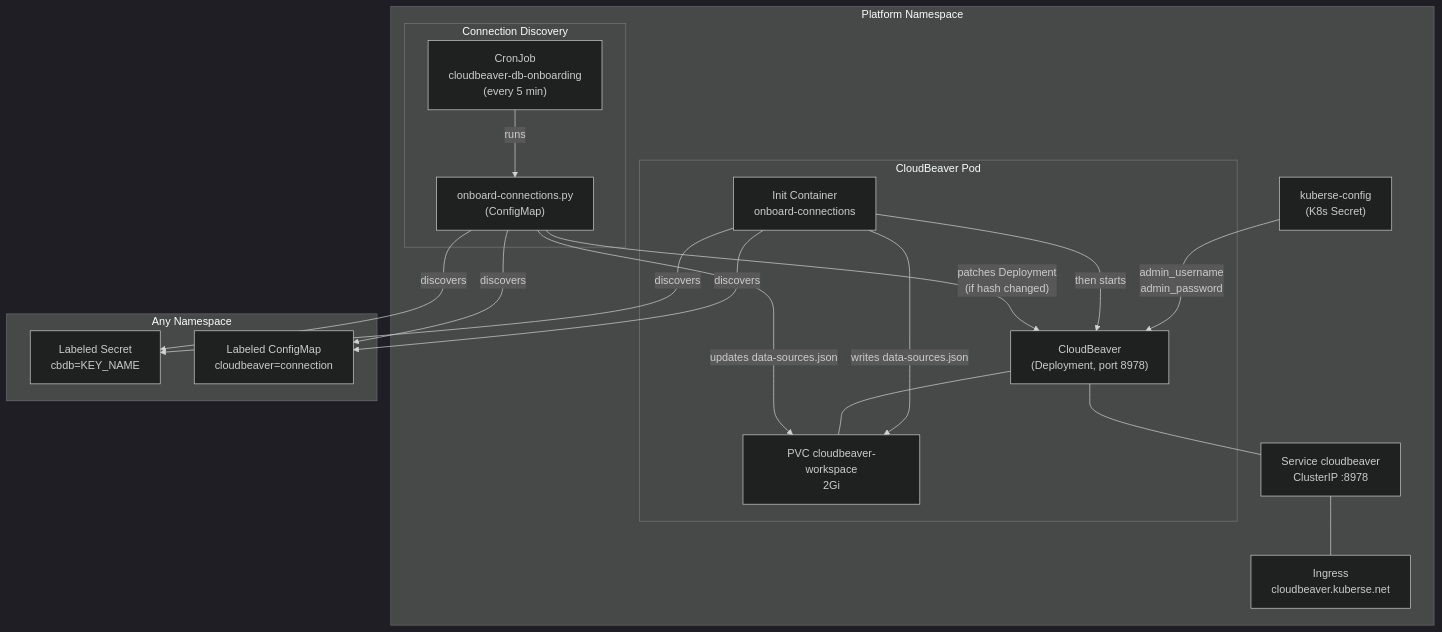
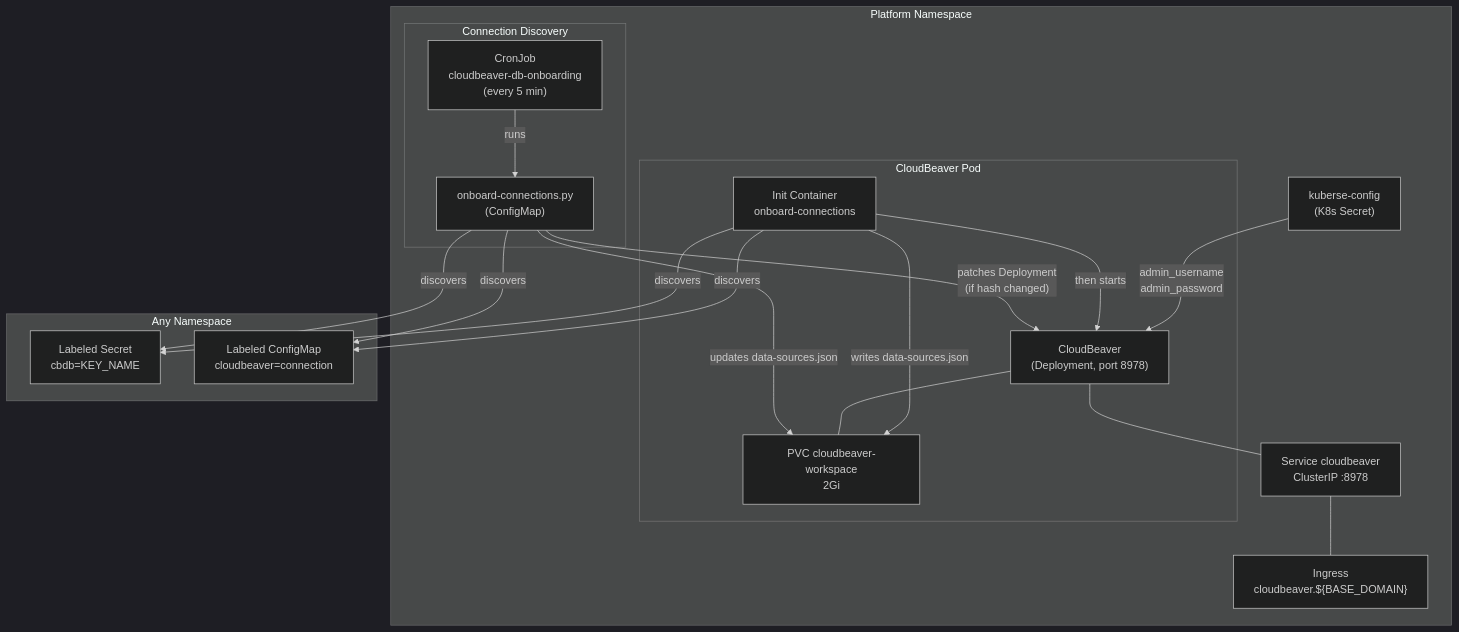
One commit to MarioAPGS/kuberse changed the first of 2 diagrams in platform/cloudbeaver/docs/index.md. Above: the diagram before and after it, drawn with Mermaid (dark theme). The commit also changed other lines of this file and 15 other files, not shown here.

````diff
--- a/platform/cloudbeaver/docs/index.md
+++ b/platform/cloudbeaver/docs/index.md
@@ -31,40 +31,40 @@
 ```mermaid
 graph TB
     subgraph "Platform Namespace"
         subgraph "CloudBeaver Pod"
             INIT["Init Container<br/>onboard-connections"]
             CB["CloudBeaver<br/>(Deployment, port 8978)"]
             PVC["PVC cloudbeaver-workspace<br/>2Gi"]
         end
 
         SECRET["kuberse-config<br/>(K8s Secret)"]
 
         subgraph "Connection Discovery"
             CRON["CronJob<br/>cloudbeaver-db-onboarding<br/>(every 5 min)"]
             SCRIPT["onboard-connections.py<br/>(ConfigMap)"]
         end
 
         SVC["Service cloudbeaver<br/>ClusterIP :8978"]
-        ING["Ingress<br/>cloudbeaver.kuberse.net"]
+        ING["Ingress<br/>cloudbeaver.${BASE_DOMAIN}"]
     end
 
     subgraph "Any Namespace"
         LABELED_SECRET["Labeled Secret<br/>cbdb=KEY_NAME"]
         LABELED_CM["Labeled ConfigMap<br/>cloudbeaver=connection"]
     end
 
     SECRET -->|"admin_username<br/>admin_password"| CB
     INIT -->|discovers| LABELED_SECRET
     INIT -->|discovers| LABELED_CM
     INIT -->|"writes data-sources.json"| PVC
     INIT -->|then starts| CB
     CB --- PVC
     CB --- SVC
     SVC --- ING
 
     CRON -->|runs| SCRIPT
     SCRIPT -->|discovers| LABELED_SECRET
     SCRIPT -->|discovers| LABELED_CM
     SCRIPT -->|"updates data-sources.json"| PVC
     SCRIPT -->|"patches Deployment<br/>(if hash changed)"| CB
 ```
````
